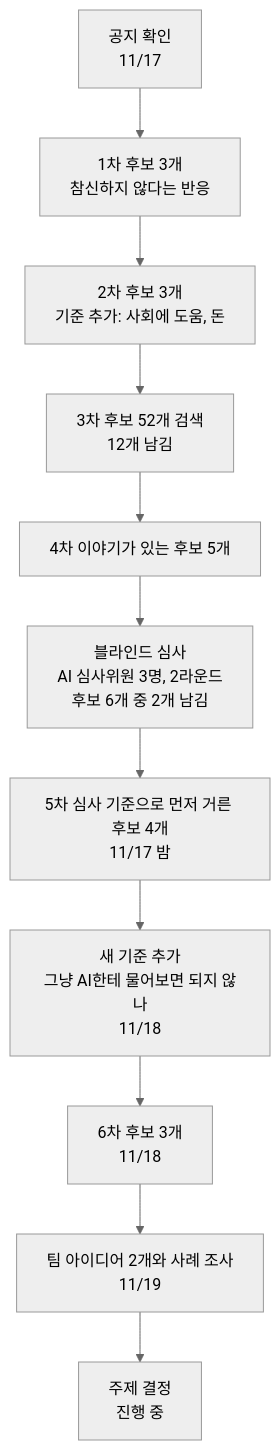
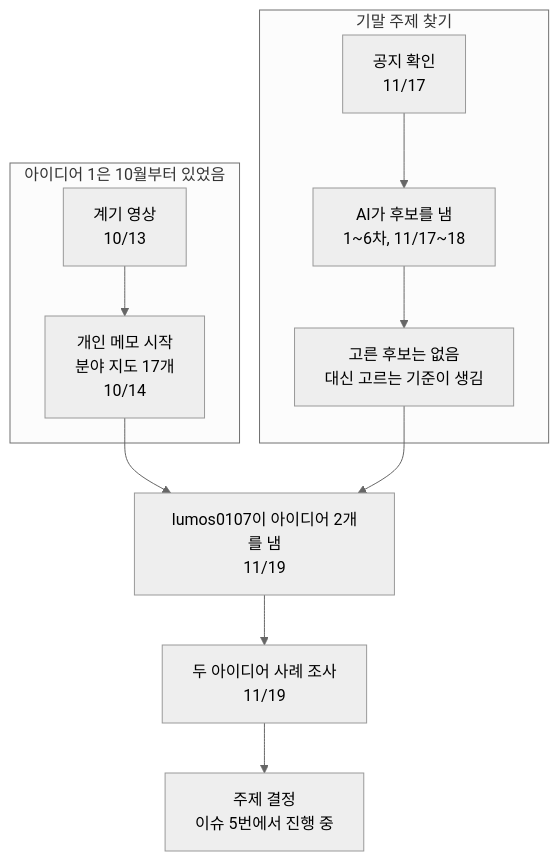
Before and after one commit to lumos0107/AI_Final_Project: the diagram in docs/ideation/README.md, drawn with Mermaid (neutral theme). The commit also changed other lines of this file and 1 other file, not shown here.

First line of the commit message:
docs: 주제 도출 개요를 두 아이디어 중심으로 다시 씀 (#1)

````diff
--- a/docs/ideation/README.md
+++ b/docs/ideation/README.md
@@ -11,13 +19,14 @@
 ```mermaid
 flowchart TD
-    A["공지 확인<br>11/17"] --> B["1차 후보 3개<br>참신하지 않다는 반응"]
-    B --> C["2차 후보 3개<br>기준 추가: 사회에 도움, 돈"]
-    C --> D["3차 후보 52개 검색<br>12개 남김"]
-    D --> E["4차 이야기가 있는 후보 5개"]
-    E --> F["블라인드 심사<br>AI 심사위원 3명, 2라운드<br>후보 6개 중 2개 남김"]
-    F --> G["5차 심사 기준으로 먼저 거른 후보 4개<br>11/17 밤"]
-    G --> H["새 기준 추가<br>그냥 AI한테 물어보면 되지 않나<br>11/18"]
-    H --> I["6차 후보 3개<br>11/18"]
-    I --> J["팀 아이디어 2개와 사례 조사<br>11/19"]
-    J --> K["주제 결정<br>진행 중"]
+    subgraph G["아이디어 1은 10월부터 있었음"]
+        G1["계기 영상<br>10/13"] --> G2["개인 메모 시작<br>분야 지도 17개<br>10/14"]
+    end
+    subgraph R["기말 주제 찾기"]
+        R1["공지 확인<br>11/17"] --> R2["AI가 후보를 냄<br>1~6차, 11/17~18"]
+        R2 --> R3["고른 후보는 없음<br>대신 고르는 기준이 생김"]
+    end
+    G2 --> I["lumos0107이 아이디어 2개를 냄<br>11/19"]
+    R3 --> I
+    I --> S["두 아이디어 사례 조사<br>11/19"]
+    S --> D["주제 결정<br>이슈 5번에서 진행 중"]
 ```
````
